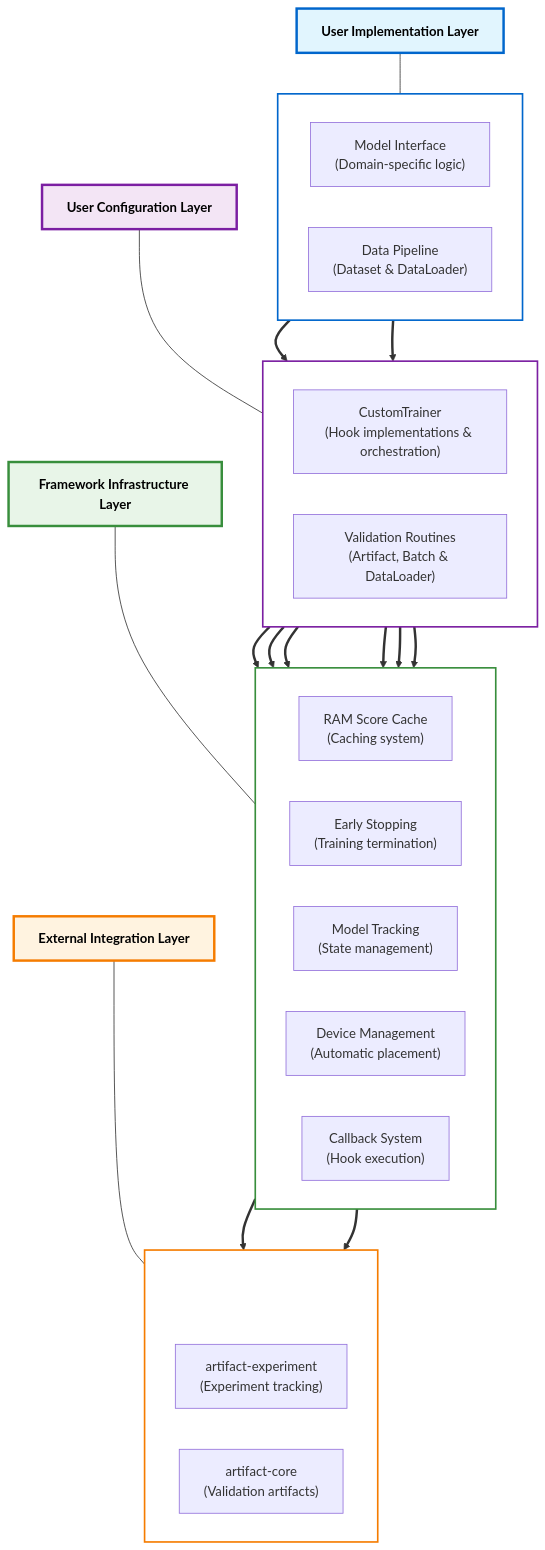
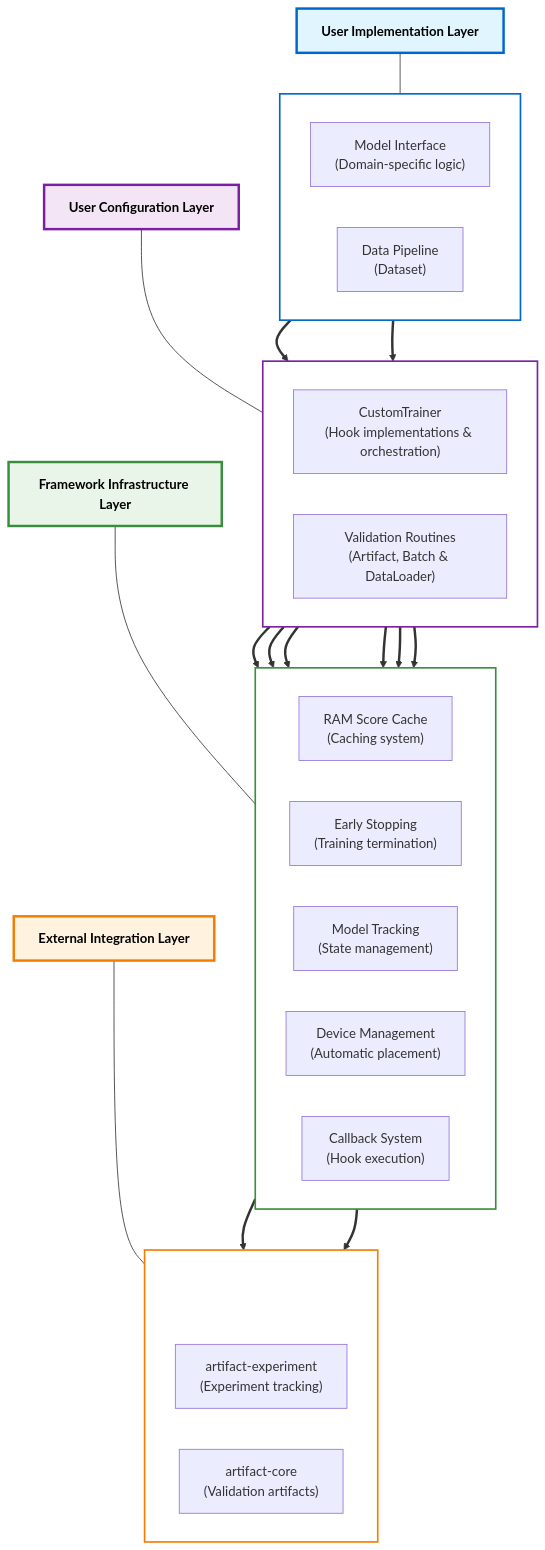
One commit to vasileios-ektor-papoulias/artifact-ml changed the diagram in artifact-torch/README.md. Above: the diagram before and after it, drawn with Mermaid.

Commit message:
Fix data ppeline box subtitle

```diff
--- a/artifact-torch/README.md
+++ b/artifact-torch/README.md
@@ -39,7 +39,7 @@
     subgraph impl [" "]
         direction LR
         Model["Model Interface<br/>(Domain-specific logic)"]
-        Data["Data Pipeline<br/>(Dataset & DataLoader)"]
+        Data["Data Pipeline<br/>(Dataset)"]
     end
     
     subgraph config [" "]
```
